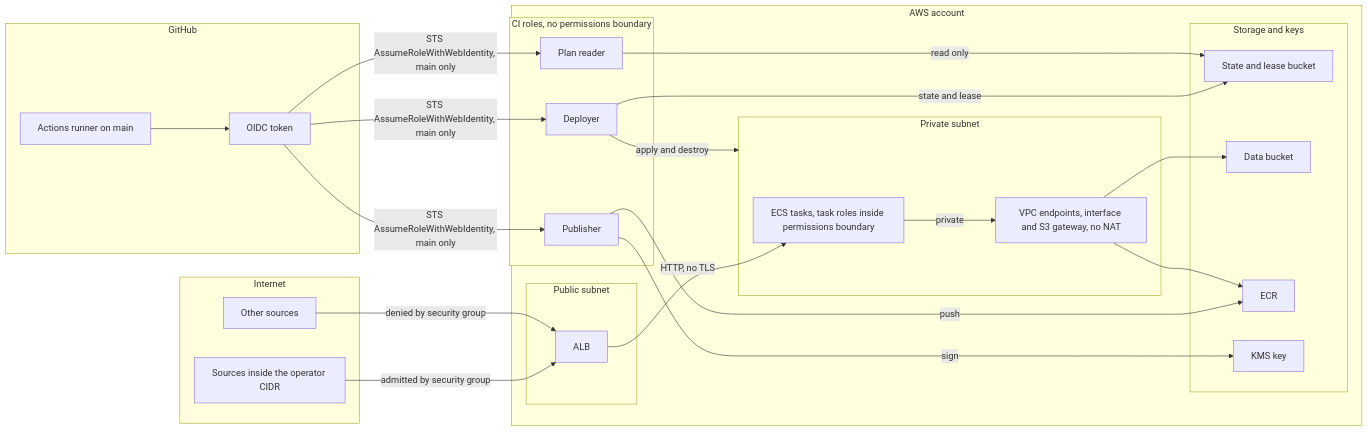
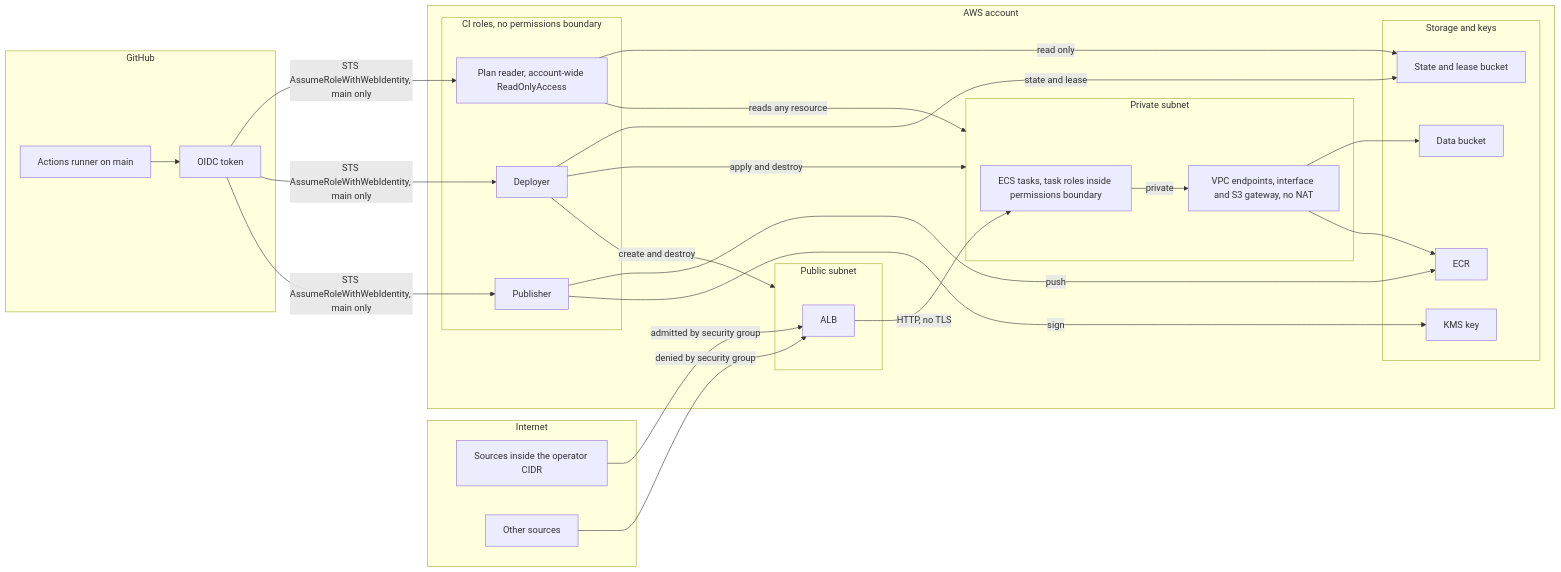
One commit to FunnyValentine69/orbit-infra changed the diagram in docs/THREAT_MODEL.md. Above: the diagram before and after it, drawn with Mermaid. The commit also changed other lines of this file and 4 other files, not shown here.

````diff
--- a/docs/THREAT_MODEL.md
+++ b/docs/THREAT_MODEL.md
@@ -17,46 +17,48 @@
 ```mermaid
 flowchart LR
   subgraph internet["Internet"]
     inside["Sources inside the operator CIDR"]
     outside["Other sources"]
   end
   subgraph github["GitHub"]
     runner["Actions runner on main"]
     token["OIDC token"]
   end
   subgraph aws["AWS account"]
     subgraph roles["CI roles, no permissions boundary"]
-      plan["Plan reader"]
+      plan["Plan reader, account-wide ReadOnlyAccess"]
       deployer["Deployer"]
       publisher["Publisher"]
     end
     subgraph public["Public subnet"]
       alb["ALB"]
     end
     subgraph private["Private subnet"]
       ecs["ECS tasks, task roles inside permissions boundary"]
       endpoints["VPC endpoints, interface and S3 gateway, no NAT"]
     end
     subgraph storage["Storage and keys"]
       state["State and lease bucket"]
       data["Data bucket"]
       ecr["ECR"]
       kms["KMS key"]
     end
   end
   inside -->|"admitted by security group"| alb
   outside -->|"denied by security group"| alb
   runner --> token
   token -->|"STS AssumeRoleWithWebIdentity, main only"| plan
   token -->|"STS AssumeRoleWithWebIdentity, main only"| deployer
   token -->|"STS AssumeRoleWithWebIdentity, main only"| publisher
   deployer -->|"apply and destroy"| private
+  deployer -->|"create and destroy"| public
   deployer -->|"state and lease"| state
   publisher -->|"push"| ecr
   publisher -->|"sign"| kms
   plan -->|"read only"| state
+  plan -->|"reads any resource"| private
   alb -->|"HTTP, no TLS"| ecs
   ecs -->|"private"| endpoints
   endpoints --> data
   endpoints --> ecr
 ```
````
